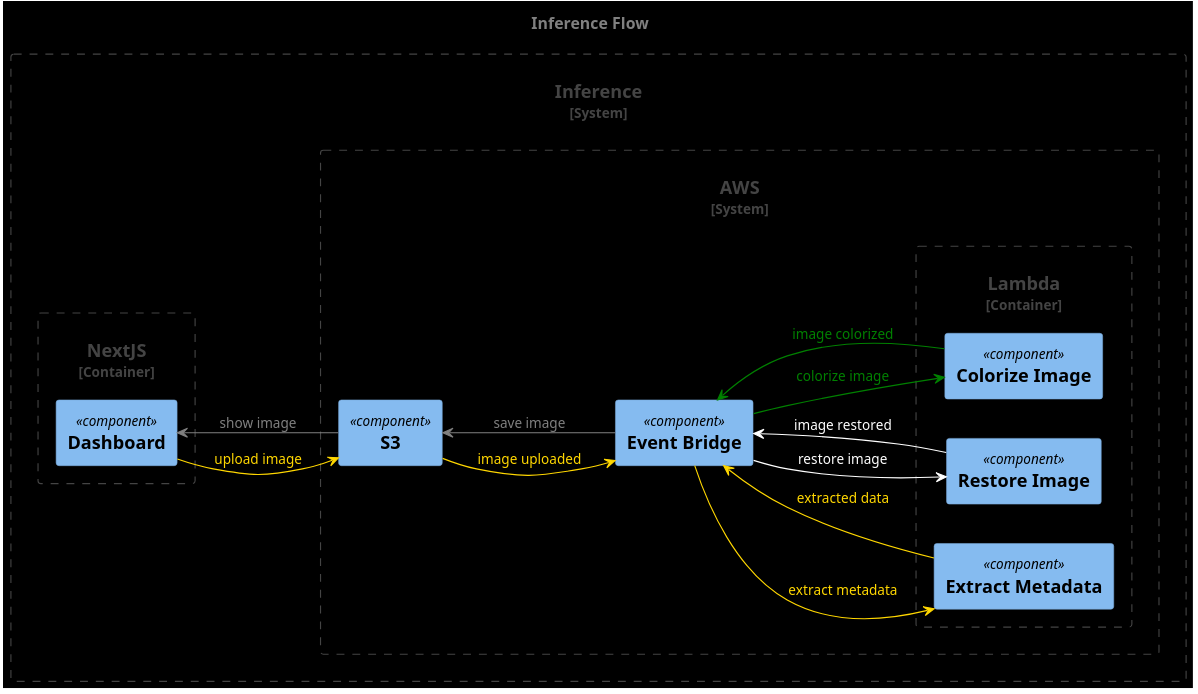
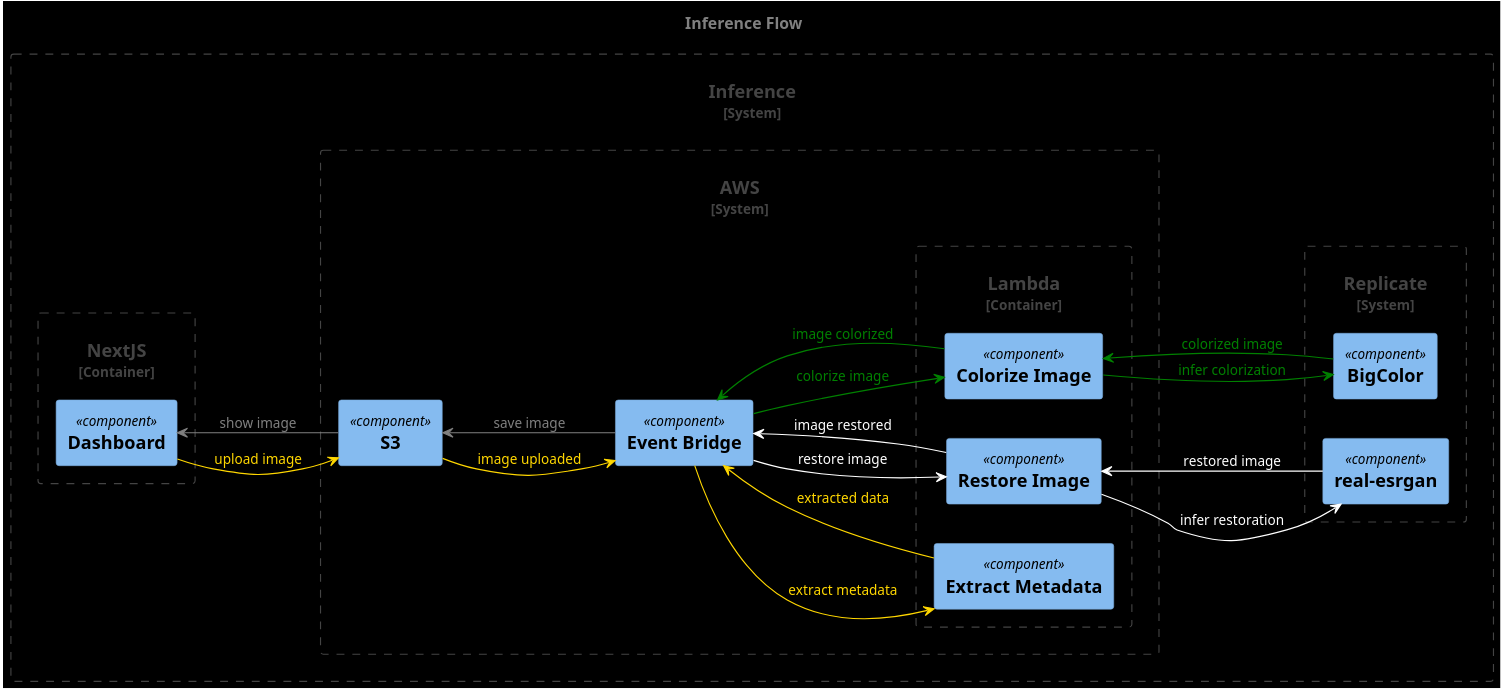
One commit to maxamed1st/restoreai changed the diagram in planning/inferenceFlow.puml. Above: the diagram before and after it, drawn with PlantUML. The commit also changed 1 other file, not shown here.

Commit message:
planning/ add inference to the diagram

```diff
--- a/planning/inferenceFlow.puml
+++ b/planning/inferenceFlow.puml
@@ -1,60 +1,71 @@
 @startuml inference-flow
 
 title Inference Flow
 
 
 left to right direction
 
 set separator none
 
 !include <C4/C4>
 !include <C4/C4_Context>
 !include <C4/C4_Component>
 
 skinparam BackgroundColor black
 skinparam DefaultFontColor gold
 skinparam ArrowColor gold
 
 System_Boundary(inferenc, "Inference") {
   Container_Boundary(nextjs, "NextJS") {
     Component(dashboard, "Dashboard")
     }
 
   System_Boundary(aws, "AWS") {
   Component(s3, "S3")
 
   Container_Boundary(functions, "Lambda") {
     Component(extract, "Extract Metadata")
     Component(restore, "Restore Image")
     Component(colorize, "Colorize Image")
   }
 
   Component(evt, "Event Bridge")
   }
 
+  System_Boundary(replicate, "Replicate") {
+    'model Naihgtmareai/real-esrgan
+    Component(restoration, "real-esrgan")
+    'model Cjwbw/BigColor
+    Component(colorization, "BigColor")
+  }
+
   'upload image and extract enhancment factor and colorization
   dashboard --> s3: "upload image"
   s3 --> evt: "image uploaded"
   evt --> extract: "extract metadata"
   extract --> evt: "extracted data"
 
   'restroe image
   skinparam DefaultFontColor white
   skinparam ArrowColor white
   evt --> restore: "restore image"
+  restore --> restoration: "infer restoration"
+  restore <-- restoration: "restored image"
   restore --> evt: "image restored"
 
   'colorize image if necessary
   skinparam DefaultFontColor green
   skinparam ArrowColor green
   evt --> colorize: "colorize image"
+  colorize --> colorization: "infer colorization"
+  colorize <-- colorization: "colorized image"
   colorize --> evt: "image colorized"
 
   'save image
   skinparam DefaultFontColor gray
   skinparam ArrowColor gray
   evt --> s3: "save image"
   s3 --> dashboard: "show image"
 }
 
 @enduml
```
